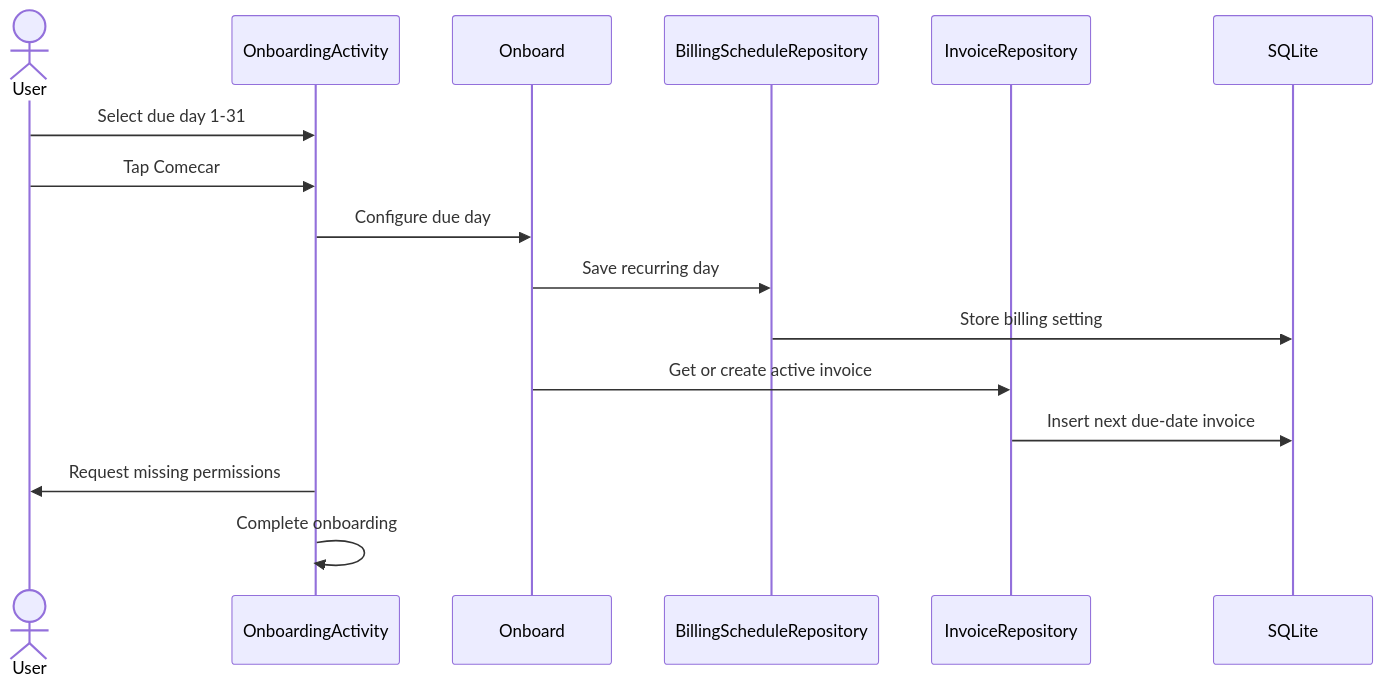
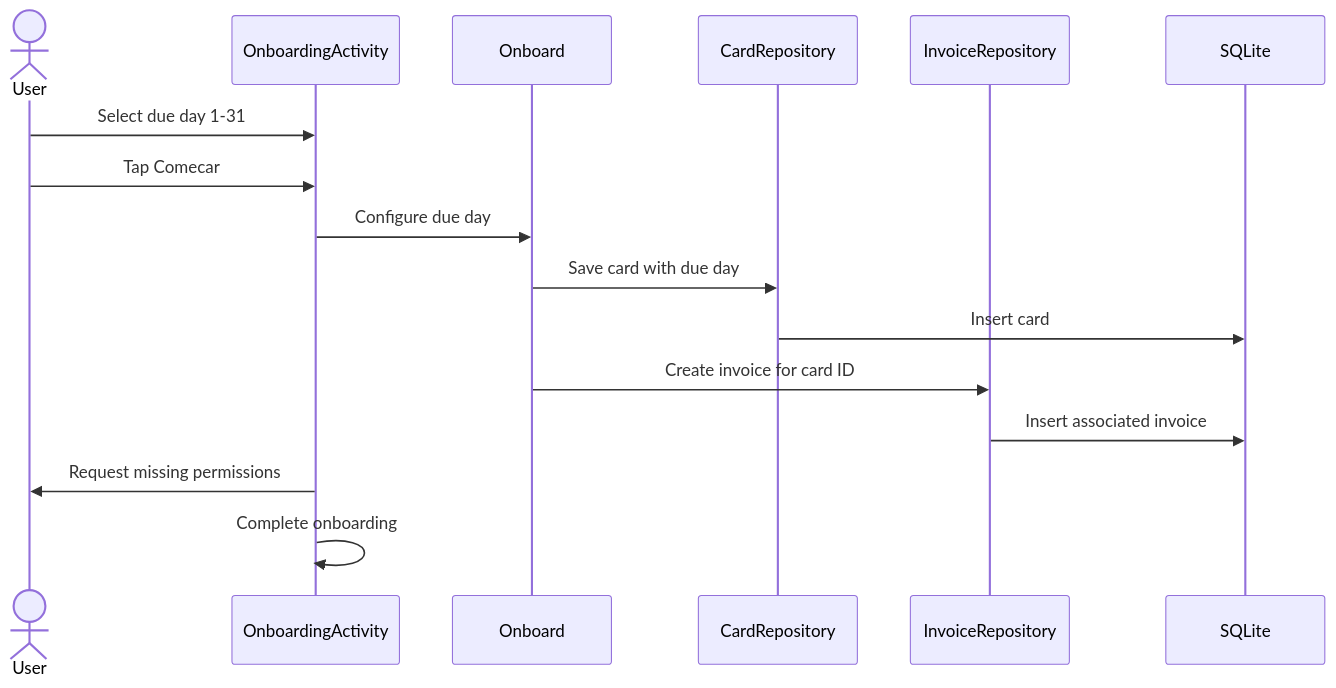
One commit to inodaf/cowpaw changed the first of 2 diagrams in docs/CP-002-technical.md. Above: the diagram before and after it, drawn with Mermaid. The commit also changed other lines of this file and 1 other file, not shown here.

Commit message:
docs: model invoice schedule by card

````diff
--- a/docs/CP-002-technical.md
+++ b/docs/CP-002-technical.md
@@ -67,19 +97,19 @@
 ```mermaid
 sequenceDiagram
     actor User
     participant UI as OnboardingActivity
     participant Onboard
-    participant Schedule as BillingScheduleRepository
+    participant Card as CardRepository
     participant Invoice as InvoiceRepository
     participant DB as SQLite
 
     User->>UI: Select due day 1-31
     User->>UI: Tap Comecar
     UI->>Onboard: Configure due day
-    Onboard->>Schedule: Save recurring day
-    Schedule->>DB: Store billing setting
-    Onboard->>Invoice: Get or create active invoice
-    Invoice->>DB: Insert next due-date invoice
+    Onboard->>Card: Save card with due day
+    Card->>DB: Insert card
+    Onboard->>Invoice: Create invoice for card ID
+    Invoice->>DB: Insert associated invoice
     UI->>User: Request missing permissions
     UI->>UI: Complete onboarding
 ```
````
